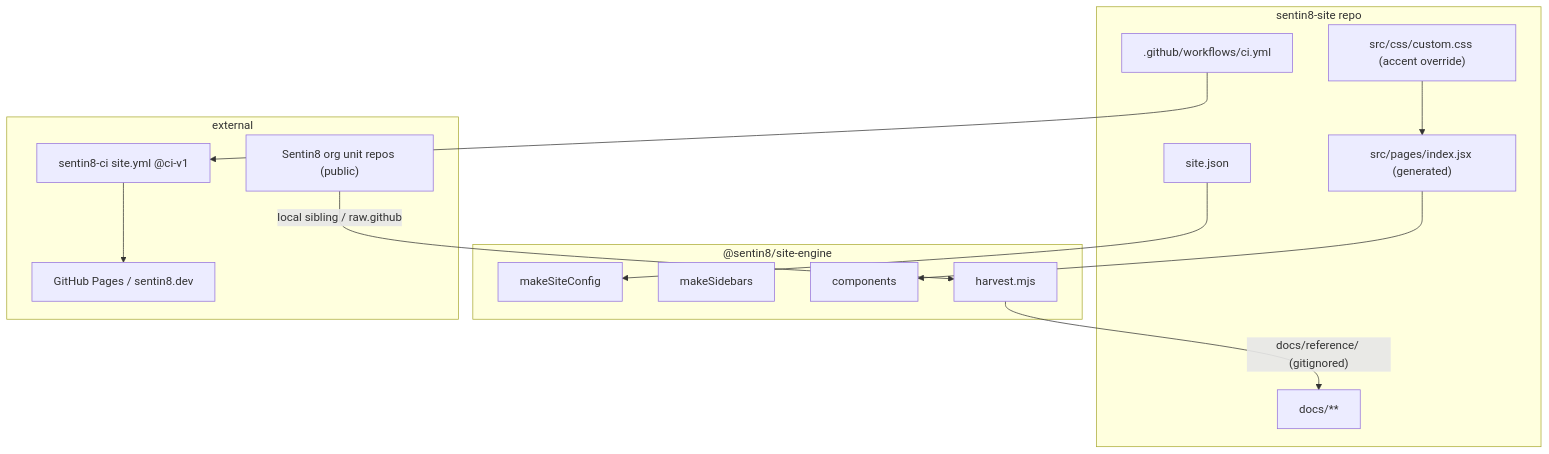
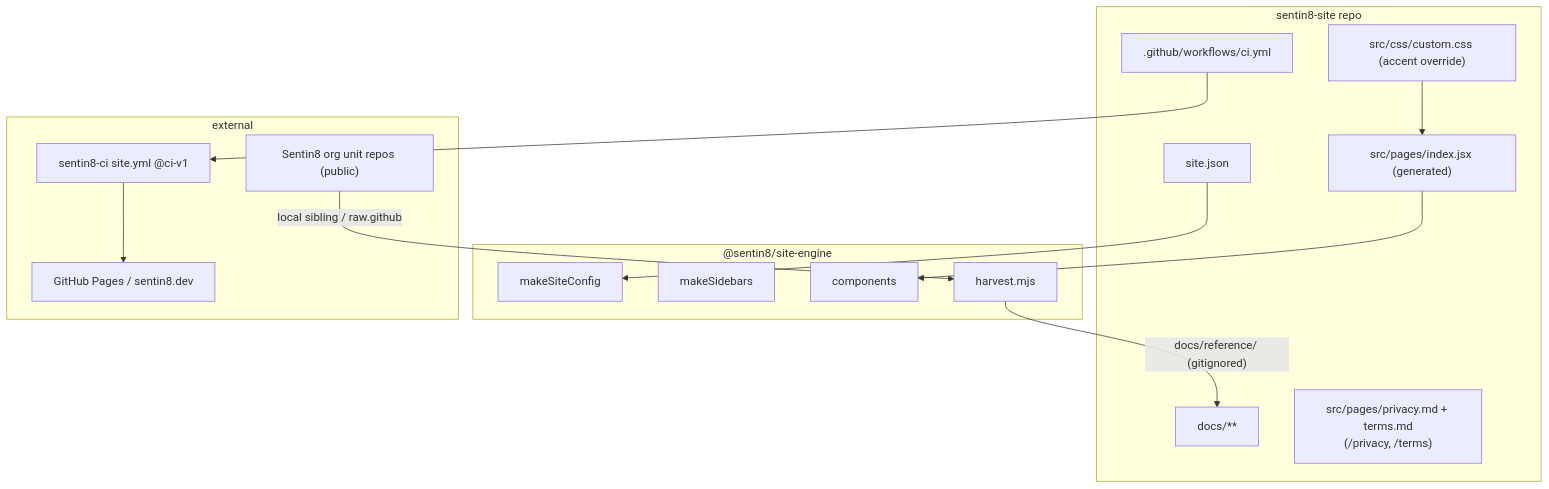
Before and after one commit to Sentin8/sentin8-site: the first of 2 diagrams in DESIGN.md, drawn with Mermaid. The commit also changed other lines of this file and 4 other files, not shown here.

First line of the commit message:
feat(legal): standalone Privacy Policy and Terms of Service pages (LEGAL-1)

````diff
--- a/DESIGN.md
+++ b/DESIGN.md
@@ -17,28 +18,29 @@
 ```mermaid
 graph TD
     subgraph SITE["sentin8-site repo"]
         SJ["site.json"]
         DOCS["docs/**"]
         LANDING["src/pages/index.jsx (generated)"]
+        LEGAL["src/pages/privacy.md + terms.md<br/>(/privacy, /terms)"]
         CSS["src/css/custom.css (accent override)"]
         WF[".github/workflows/ci.yml"]
     end
     subgraph ENGINE["@sentin8/site-engine"]
         CFG["makeSiteConfig"]
         SB["makeSidebars"]
         COMP["components"]
         HARV["harvest.mjs"]
     end
     subgraph EXT["external"]
         REPOS["Sentin8 org unit repos (public)"]
         CI["sentin8-ci site.yml @ci-v1"]
         PAGES["GitHub Pages / sentin8.dev"]
     end
     SJ --> CFG
     LANDING --> COMP
     CSS --> LANDING
     REPOS -->|"local sibling / raw.github"| HARV
     HARV -->|"docs/reference/ (gitignored)"| DOCS
     WF --> CI
     CI --> PAGES
 ```
````
